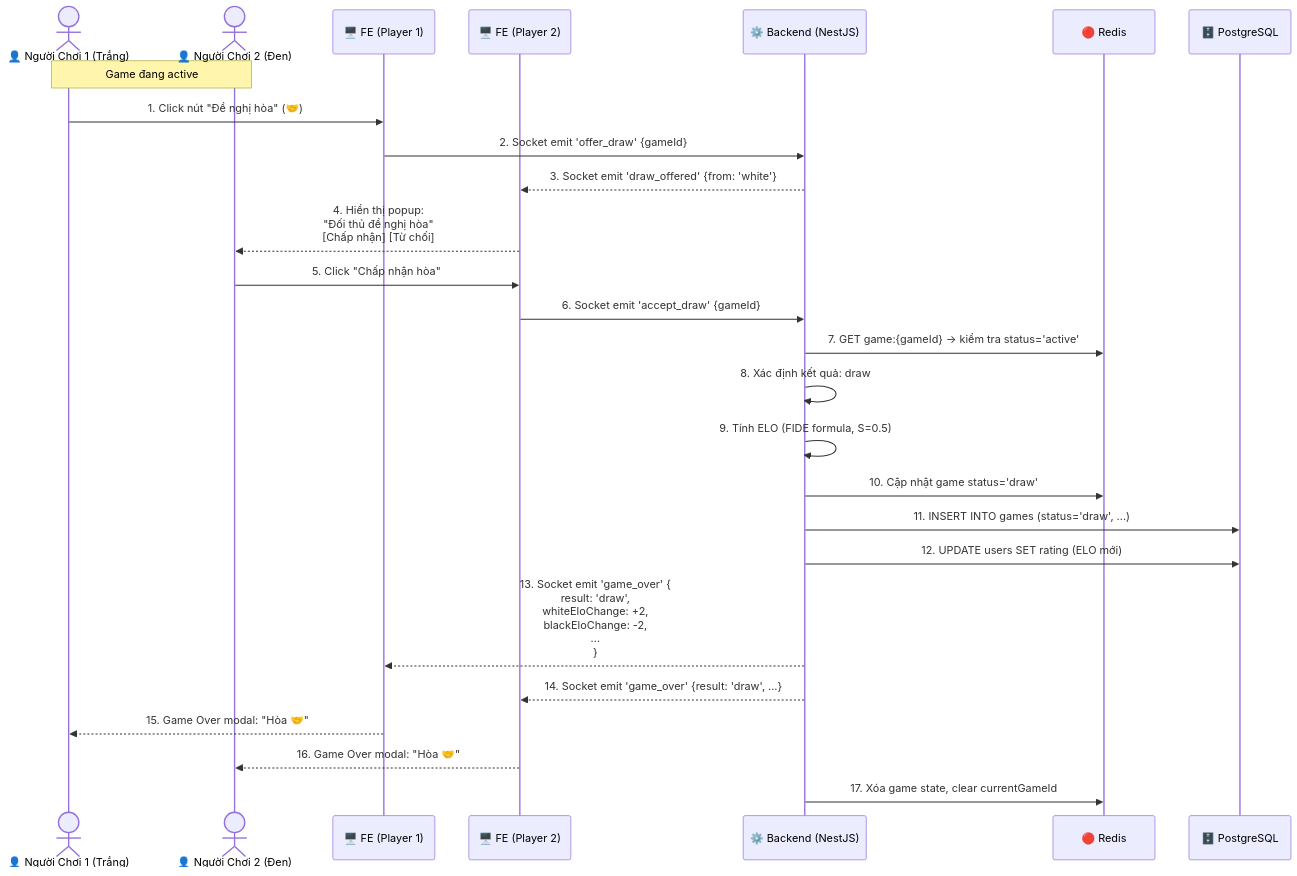
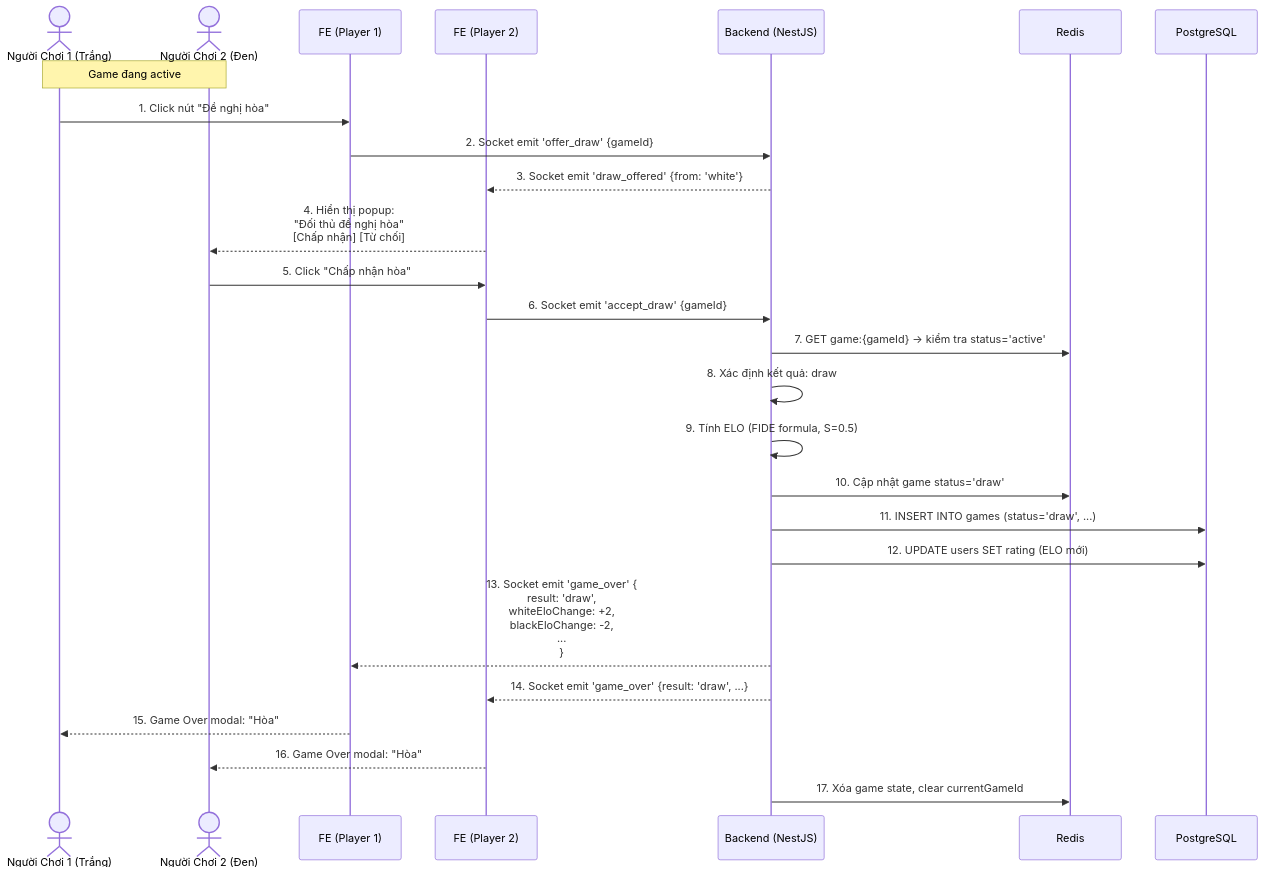
One commit to legiabao0907/web-chess-real-time changed the seventh of 22 diagrams in docs/sequence-diagrams.md. Above: the diagram before and after it, drawn with Mermaid. The commit also changed other lines of this file, not shown here.

````diff
--- a/docs/sequence-diagrams.md
+++ b/docs/sequence-diagrams.md
@@ -321,38 +321,38 @@
 ```mermaid
 sequenceDiagram
-    actor P1 as 👤 Người Chơi 1 (Trắng)
-    actor P2 as 👤 Người Chơi 2 (Đen)
-    participant FE1 as 🖥️ FE (Player 1)
-    participant FE2 as 🖥️ FE (Player 2)
-    participant BE as ⚙️ Backend (NestJS)
-    participant Redis as 🔴 Redis
-    participant PG as 🗄️ PostgreSQL
+ actor P1 as Người Chơi 1 (Trắng)
+ actor P2 as Người Chơi 2 (Đen)
+ participant FE1 as FE (Player 1)
+ participant FE2 as FE (Player 2)
+ participant BE as Backend (NestJS)
+ participant Redis as Redis
+ participant PG as PostgreSQL
 
-    Note over P1, P2: Game đang active
+ Note over P1, P2: Game đang active
 
-    %% P1 đề nghị hòa
-    P1->>FE1: 1. Click nút "Đề nghị hòa" (🤝)
-    FE1->>BE: 2. Socket emit 'offer_draw' {gameId}
-    BE-->>FE2: 3. Socket emit 'draw_offered' {from: 'white'}
-    FE2-->>P2: 4. Hiển thị popup:<br/>"Đối thủ đề nghị hòa"<br/>[Chấp nhận] [Từ chối]
+ %% P1 đề nghị hòa
+ P1->>FE1: 1. Click nút "Đề nghị hòa"
+ FE1->>BE: 2. Socket emit 'offer_draw' {gameId}
+ BE-->>FE2: 3. Socket emit 'draw_offered' {from: 'white'}
+ FE2-->>P2: 4. Hiển thị popup:<br/>"Đối thủ đề nghị hòa"<br/>[Chấp nhận] [Từ chối]
 
-    %% P2 chấp nhận
-    P2->>FE2: 5. Click "Chấp nhận hòa"
-    FE2->>BE: 6. Socket emit 'accept_draw' {gameId}
+ %% P2 chấp nhận
+ P2->>FE2: 5. Click "Chấp nhận hòa"
+ FE2->>BE: 6. Socket emit 'accept_draw' {gameId}
 
-    BE->>Redis: 7. GET game:{gameId} → kiểm tra status='active'
-    BE->>BE: 8. Xác định kết quả: draw
-    BE->>BE: 9. Tính ELO (FIDE formula, S=0.5)
+ BE->>Redis: 7. GET game:{gameId} → kiểm tra status='active'
+ BE->>BE: 8. Xác định kết quả: draw
+ BE->>BE: 9. Tính ELO (FIDE formula, S=0.5)
 
-    BE->>Redis: 10. Cập nhật game status='draw'
-    BE->>PG: 11. INSERT INTO games (status='draw', ...)
-    BE->>PG: 12. UPDATE users SET rating (ELO mới)
+ BE->>Redis: 10. Cập nhật game status='draw'
+ BE->>PG: 11. INSERT INTO games (status='draw', ...)
+ BE->>PG: 12. UPDATE users SET rating (ELO mới)
 
-    BE-->>FE1: 13. Socket emit 'game_over' {<br/>  result: 'draw',<br/>  whiteEloChange: +2,<br/>  blackEloChange: -2,<br/>  ...<br/>}
-    BE-->>FE2: 14. Socket emit 'game_over' {result: 'draw', ...}
+ BE-->>FE1: 13. Socket emit 'game_over' {<br/> result: 'draw',<br/> whiteEloChange: +2,<br/> blackEloChange: -2,<br/> ...<br/>}
+ BE-->>FE2: 14. Socket emit 'game_over' {result: 'draw', ...}
 
-    FE1-->>P1: 15. Game Over modal: "Hòa 🤝"
-    FE2-->>P2: 16. Game Over modal: "Hòa 🤝"
+ FE1-->>P1: 15. Game Over modal: "Hòa"
+ FE2-->>P2: 16. Game Over modal: "Hòa"
 
-    BE->>Redis: 17. Xóa game state, clear currentGameId
+ BE->>Redis: 17. Xóa game state, clear currentGameId
 ```
````
